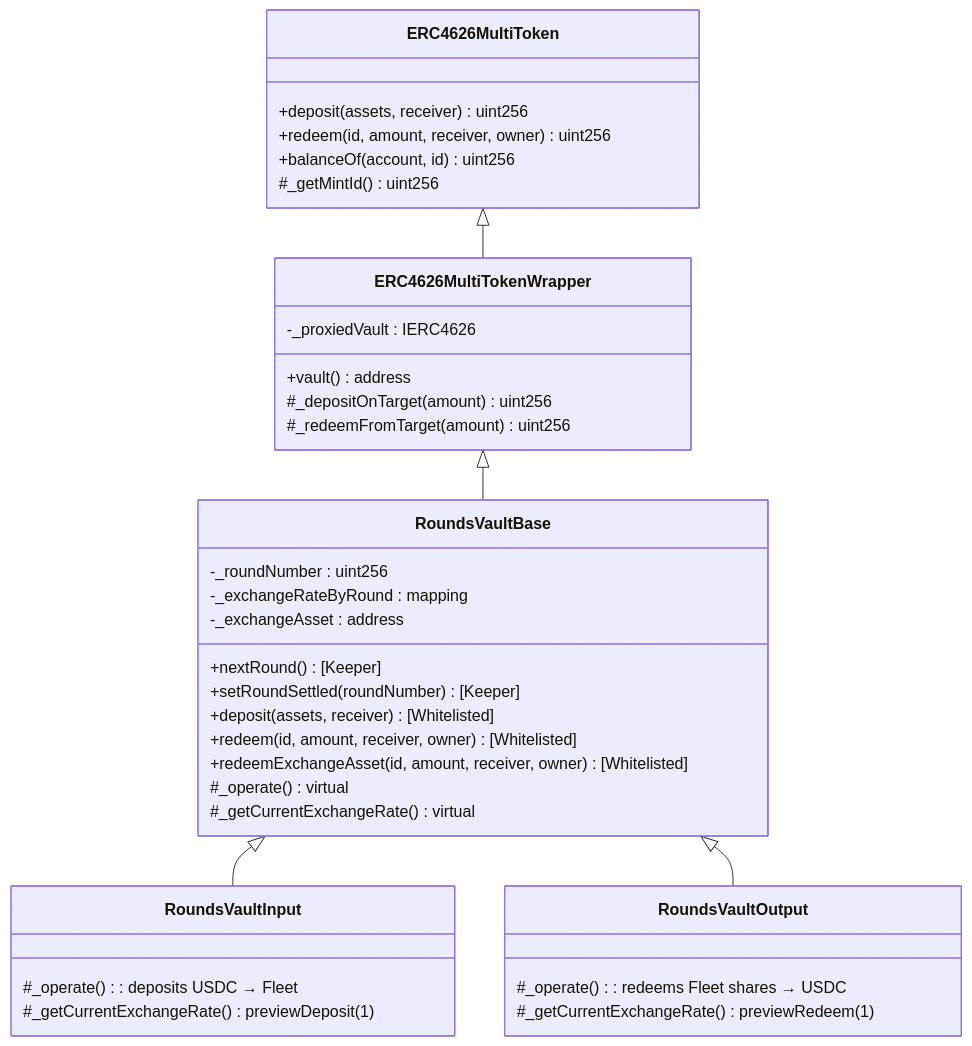
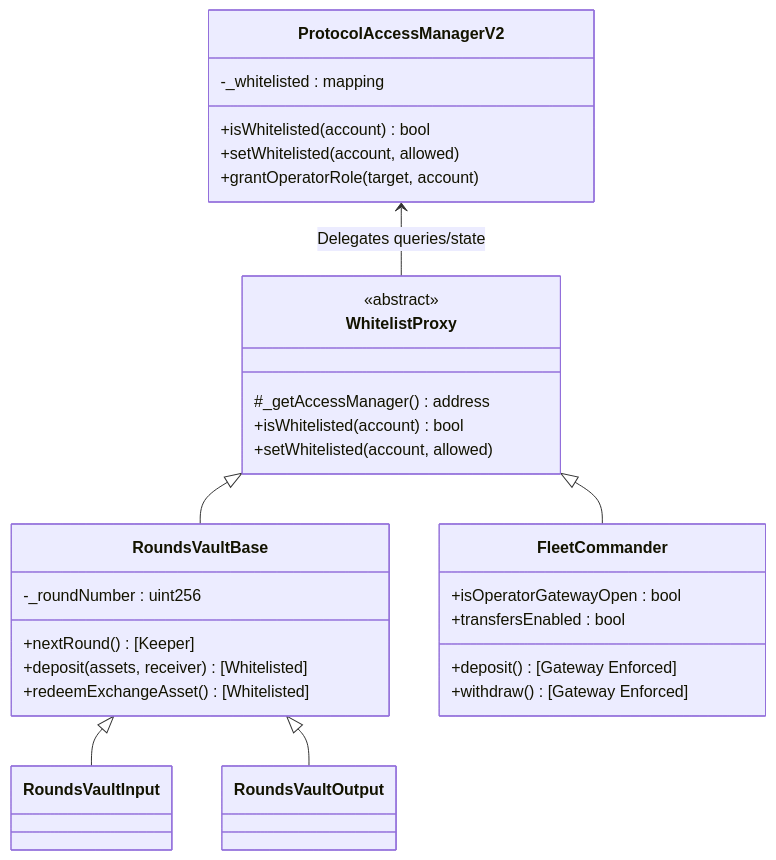
Before and after one commit to OasisDEX/summer-earn-protocol: the second of 8 diagrams in packages/core-contracts/src/contracts/rounds-vault/docs/rounds_vault_technical_reference.md, drawn with Mermaid. The commit also changed other lines of this file and 7 other files, not shown here.

Commit message:
refactor: update FleetCommanderConfigProviderWhitelist to support configurable transfer status and add technical documentation for whitelist and access control systems.

````diff
--- a/packages/core-contracts/src/contracts/rounds-vault/docs/rounds_vault_technical_reference.md
+++ b/packages/core-contracts/src/contracts/rounds-vault/docs/rounds_vault_technical_reference.md
@@ -53,44 +55,36 @@
 ```mermaid
 classDiagram
-    class ERC4626MultiToken {
-        +deposit(assets, receiver) uint256
-        +redeem(id, amount, receiver, owner) uint256
-        +balanceOf(account, id) uint256
-        #_getMintId() uint256
+    class ProtocolAccessManagerV2 {
+        -_whitelisted : mapping
+        +isWhitelisted(account) bool
+        +setWhitelisted(account, allowed)
+        +grantOperatorRole(target, account)
     }
 
-    class ERC4626MultiTokenWrapper {
-        -_proxiedVault : IERC4626
-        +vault() address
-        #_depositOnTarget(amount) uint256
-        #_redeemFromTarget(amount) uint256
+    class WhitelistProxy {
+        <<abstract>>
+        #_getAccessManager() address
+        +isWhitelisted(account) bool
+        +setWhitelisted(account, allowed)
     }
 
     class RoundsVaultBase {
         -_roundNumber : uint256
-        -_exchangeRateByRound : mapping
-        -_exchangeAsset : address
         +nextRound() [Keeper]
-        +setRoundSettled(roundNumber) [Keeper]
         +deposit(assets, receiver) [Whitelisted]
-        +redeem(id, amount, receiver, owner) [Whitelisted]
-        +redeemExchangeAsset(id, amount, receiver, owner) [Whitelisted]
-        #_operate() virtual
-        #_getCurrentExchangeRate() virtual
+        +redeemExchangeAsset() [Whitelisted]
+    }
+    
+    class FleetCommander {
+        +isOperatorGatewayOpen : bool
+        +transfersEnabled : bool
+        +deposit() [Gateway Enforced]
+        +withdraw() [Gateway Enforced]
     }
 
-    class RoundsVaultInput {
-        #_operate() : deposits USDC → Fleet
-        #_getCurrentExchangeRate() : previewDeposit(1)
-    }
-
-    class RoundsVaultOutput {
-        #_operate() : redeems Fleet shares → USDC
-        #_getCurrentExchangeRate() : previewRedeem(1)
-    }
-
-    ERC4626MultiToken <|-- ERC4626MultiTokenWrapper
-    ERC4626MultiTokenWrapper <|-- RoundsVaultBase
+    ProtocolAccessManagerV2 <-- WhitelistProxy : Delegates queries/state
+    WhitelistProxy <|-- RoundsVaultBase
+    WhitelistProxy <|-- FleetCommander
     RoundsVaultBase <|-- RoundsVaultInput
     RoundsVaultBase <|-- RoundsVaultOutput
 ```
````
